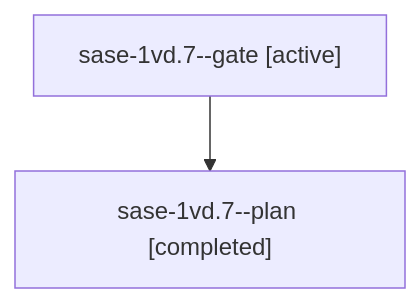
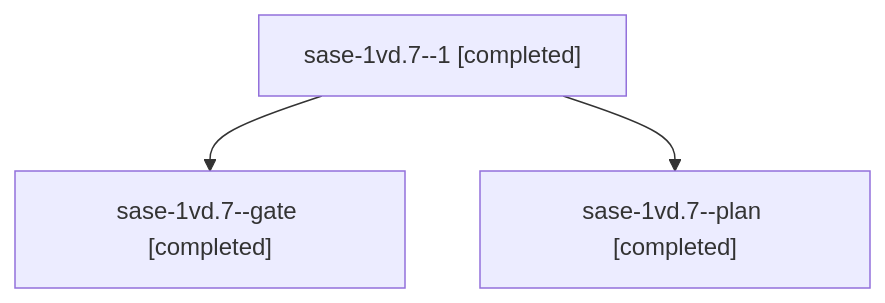
Before and after one commit to sase-org/sase--agents: the diagram in sessions/bbugyi200.athena.sase-1vd.7.md, drawn with Mermaid. The commit also changed other lines of this file and 50 other files, not shown here.

````diff
--- a/sessions/bbugyi200.athena.sase-1vd.7.md
+++ b/sessions/bbugyi200.athena.sase-1vd.7.md
@@ -9,6 +9,8 @@
 ```mermaid
 flowchart TD
-  n0["sase-1vd.7--gate [active]"]
-  n1["sase-1vd.7--plan [completed]"]
+  n0["sase-1vd.7--1 [completed]"]
+  n1["sase-1vd.7--gate [completed]"]
   n0 --> n1
+  n2["sase-1vd.7--plan [completed]"]
+  n0 --> n2
 ```
````
